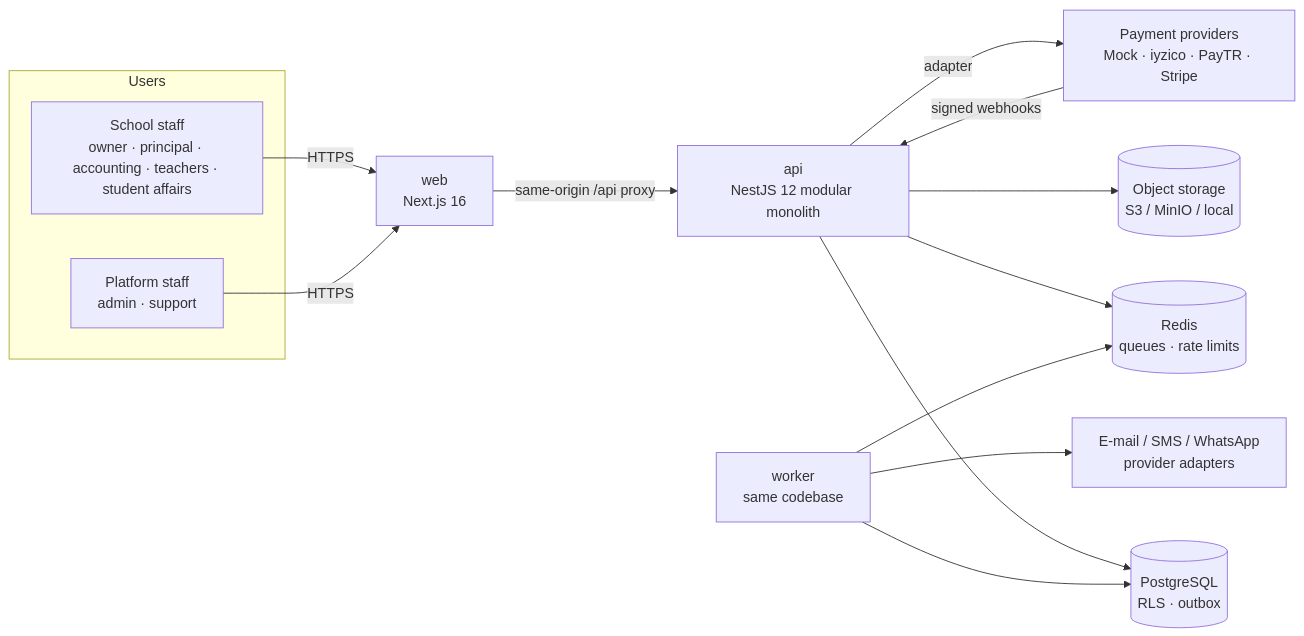
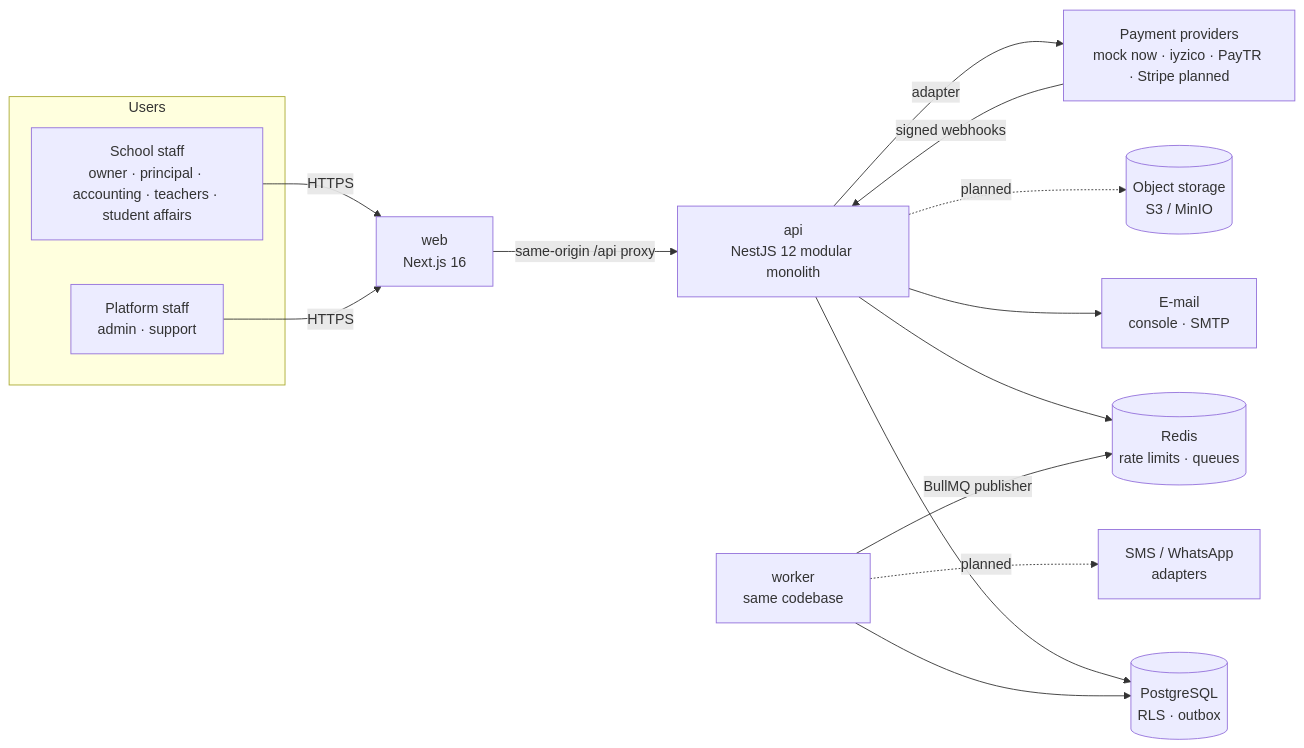
One commit to dorukanklnc/dorukanklnc changed the first of 2 diagrams in multi-tenant/docs/architecture/SYSTEM_ARCHITECTURE.md. Above: the diagram before and after it, drawn with Mermaid. The commit also changed other lines of this file and 13 other files, not shown here.

````diff
--- a/multi-tenant/docs/architecture/SYSTEM_ARCHITECTURE.md
+++ b/multi-tenant/docs/architecture/SYSTEM_ARCHITECTURE.md
@@ -31,18 +31,19 @@
 ```mermaid
 flowchart LR
   subgraph Users
     Staff[School staff<br/>owner · principal · accounting · teachers · student affairs]
     Platform[Platform staff<br/>admin · support]
   end
   Staff -->|HTTPS| Web
   Platform -->|HTTPS| Web
   Web[web<br/>Next.js 16] -->|same-origin /api proxy| API[api<br/>NestJS 12 modular monolith]
   API --> PG[(PostgreSQL<br/>RLS · outbox)]
-  API --> Redis[(Redis<br/>queues · rate limits)]
-  API --> S3[(Object storage<br/>S3 / MinIO / local)]
+  API --> Redis[(Redis<br/>rate limits · queues)]
+  API --> SMTP[E-mail<br/>console · SMTP]
+  API -. planned .-> S3[(Object storage<br/>S3 / MinIO)]
   Worker[worker<br/>same codebase] --> PG
-  Worker --> Redis
-  Worker --> SMTP[E-mail / SMS / WhatsApp<br/>provider adapters]
-  PSP[Payment providers<br/>Mock · iyzico · PayTR · Stripe] -->|signed webhooks| API
+  Worker -->|BullMQ publisher| Redis
+  Worker -. planned .-> MSG[SMS / WhatsApp<br/>adapters]
+  PSP[Payment providers<br/>mock now · iyzico · PayTR · Stripe planned] -->|signed webhooks| API
   API -->|adapter| PSP
 ```
````
